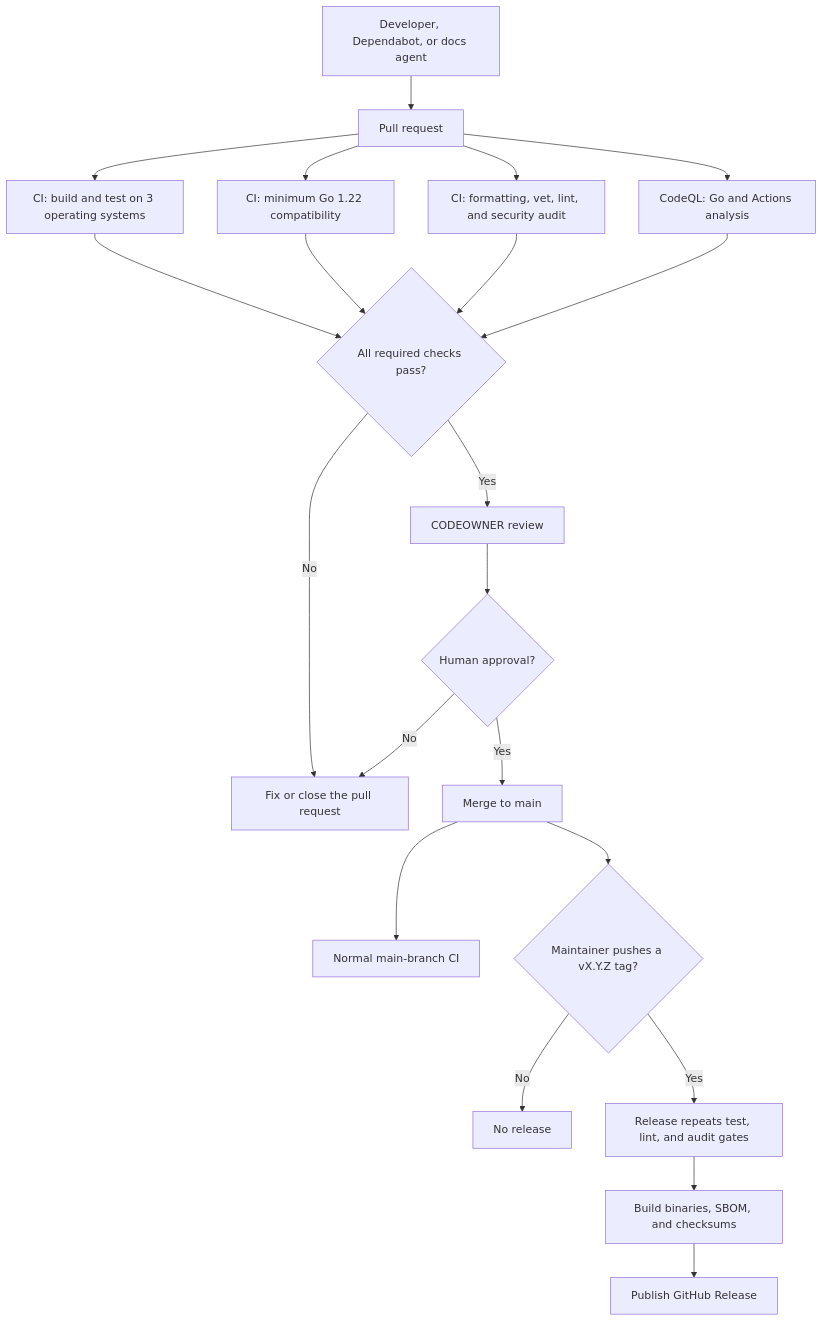
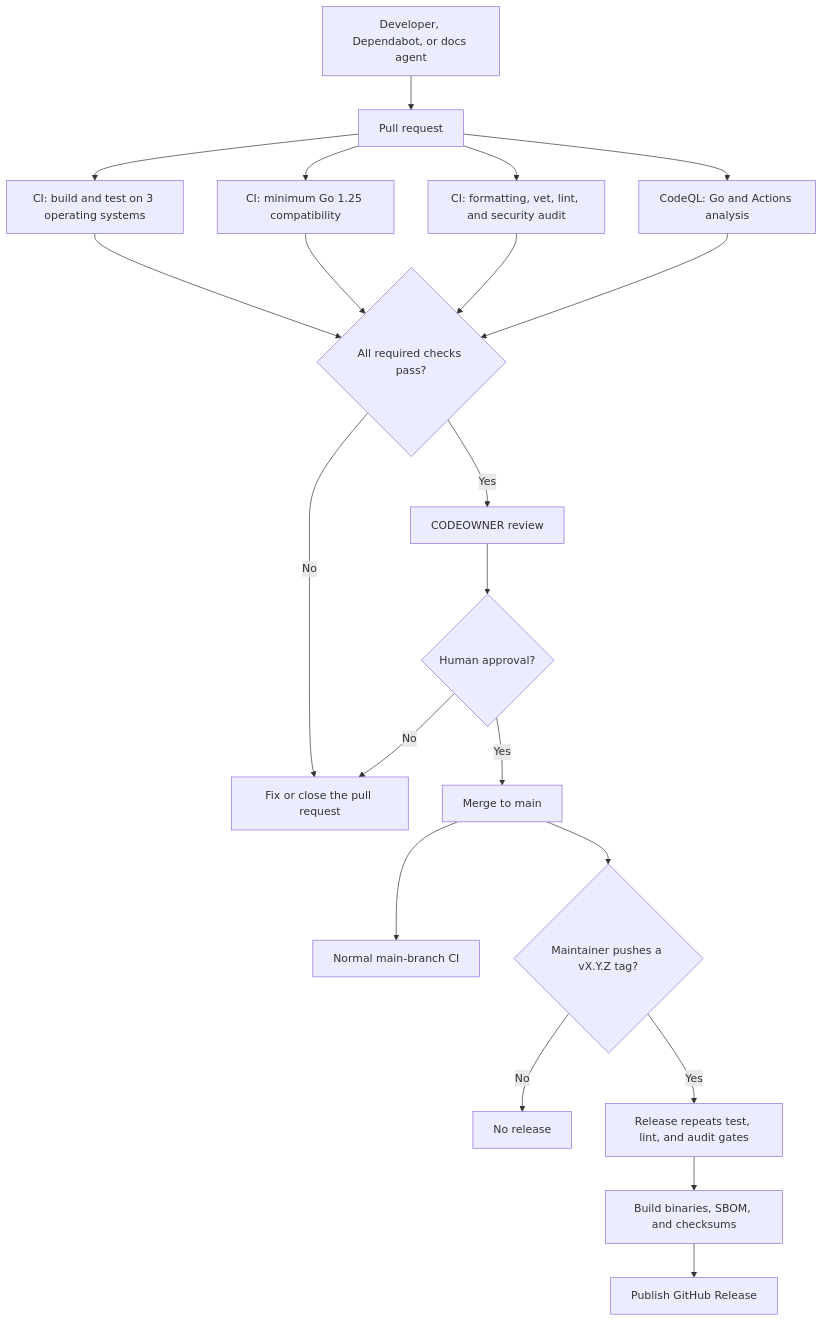
Before and after one commit to 0xF3tt/dorocap: the diagram in docs/AUTOMATION.md, drawn with Mermaid. The commit also changed other lines of this file and 3 other files, not shown here.

````diff
--- a/docs/AUTOMATION.md
+++ b/docs/AUTOMATION.md
@@ -9,23 +9,23 @@
 ```mermaid
 flowchart TD
     A[Developer, Dependabot, or docs agent] --> B[Pull request]
     B --> C[CI: build and test on 3 operating systems]
-    B --> D[CI: minimum Go 1.22 compatibility]
+    B --> D[CI: minimum Go 1.25 compatibility]
     B --> E[CI: formatting, vet, lint, and security audit]
     B --> F[CodeQL: Go and Actions analysis]
     C --> G{All required checks pass?}
     D --> G
     E --> G
     F --> G
     G -- No --> H[Fix or close the pull request]
     G -- Yes --> I[CODEOWNER review]
     I --> J{Human approval?}
     J -- No --> H
     J -- Yes --> K[Merge to main]
     K --> L[Normal main-branch CI]
     K --> M{Maintainer pushes a vX.Y.Z tag?}
     M -- No --> N[No release]
     M -- Yes --> O[Release repeats test, lint, and audit gates]
     O --> P[Build binaries, SBOM, and checksums]
     P --> Q[Publish GitHub Release]
 ```
````
